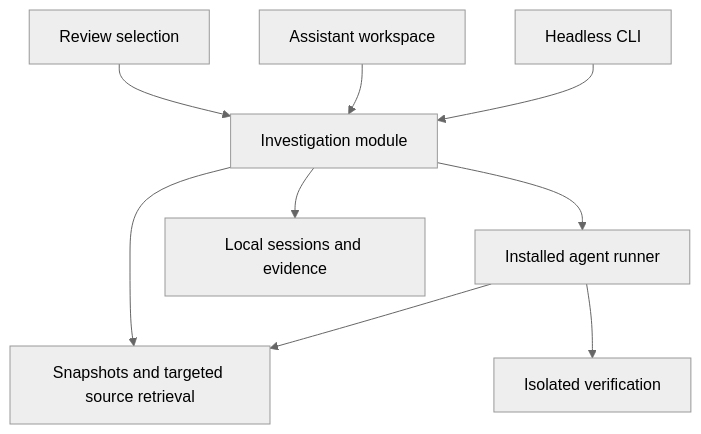
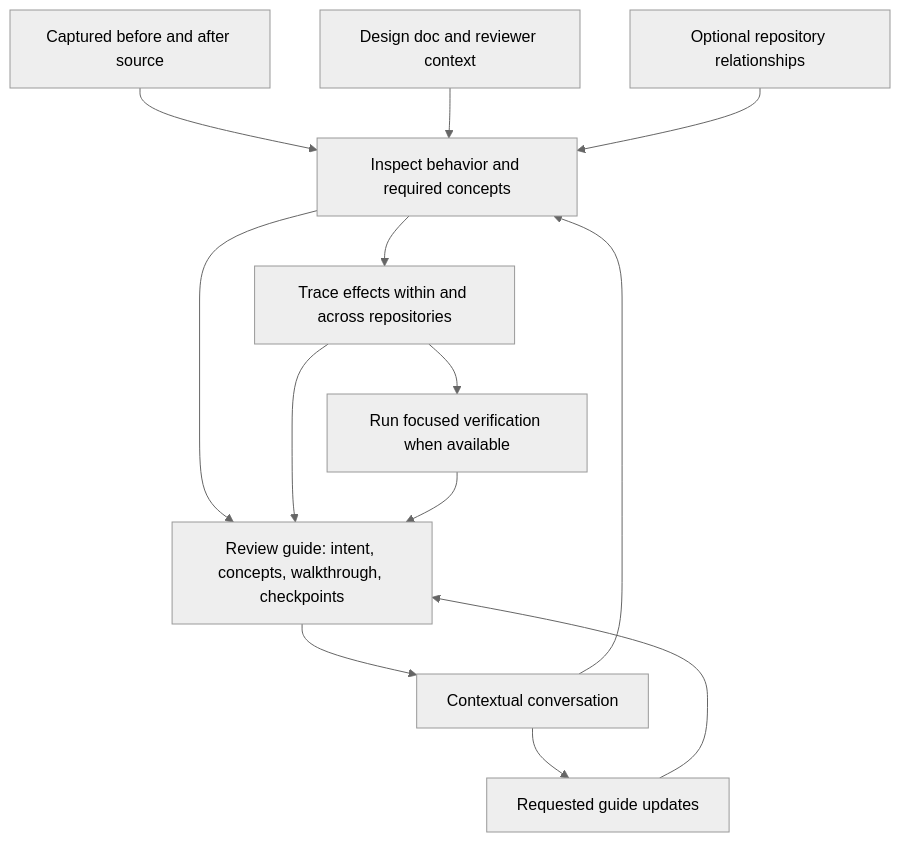
One commit to hossainemruz/devcroft changed the diagram in docs/review-assistant-design.md. Above: the diagram before and after it, drawn with Mermaid (neutral theme). The commit also changed other lines of this file, not shown here.

Commit message:
Update review assistant guide

````diff
--- a/docs/review-assistant-design.md
+++ b/docs/review-assistant-design.md
@@ -199,11 +241,15 @@
 ```mermaid
 flowchart TD
-    Review[Review selection] --> Core[Investigation module]
-    Explore[Assistant workspace] --> Core
-    CLI[Headless CLI] --> Core
-    Core --> Context[Snapshots and targeted source retrieval]
-    Core --> Runner[Installed agent runner]
-    Core --> Store[Local sessions and evidence]
-    Runner --> Context
-    Runner --> Verify[Isolated verification]
+    Change[Captured before and after source] --> Source[Inspect behavior and required concepts]
+    Intent[Design doc and reviewer context] --> Source
+    Map[Optional repository relationships] --> Source
+    Source --> Guide[Review guide: intent, concepts, walkthrough, checkpoints]
+    Source --> Effects[Trace effects within and across repositories]
+    Effects --> Verification[Run focused verification when available]
+    Effects --> Guide
+    Verification --> Guide
+    Guide --> Followup[Contextual conversation]
+    Followup --> Source
+    Followup --> Update[Requested guide updates]
+    Update --> Guide
 ```
````
